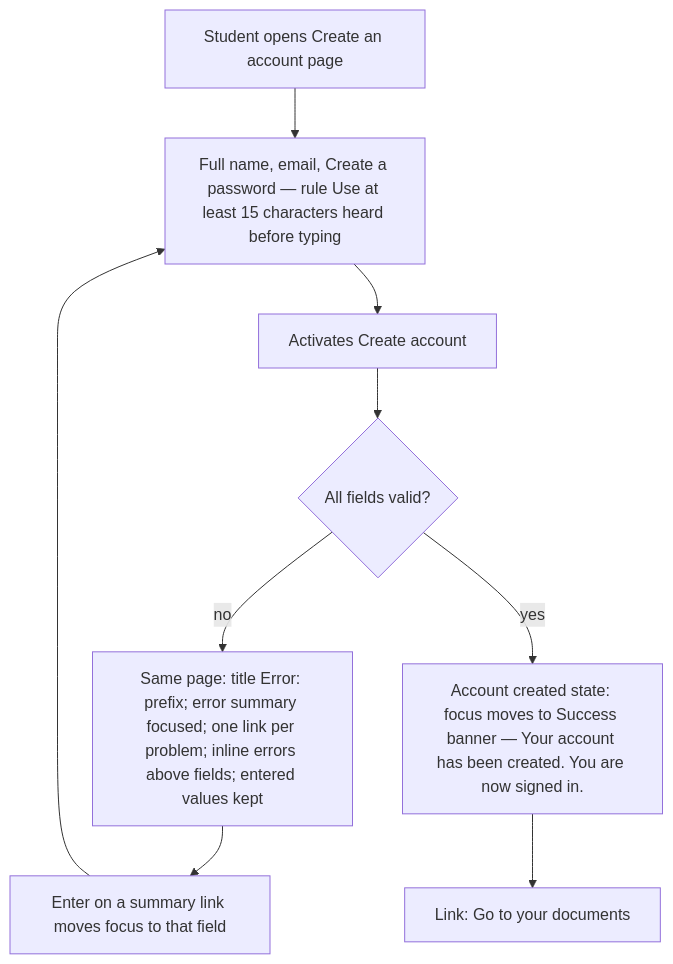
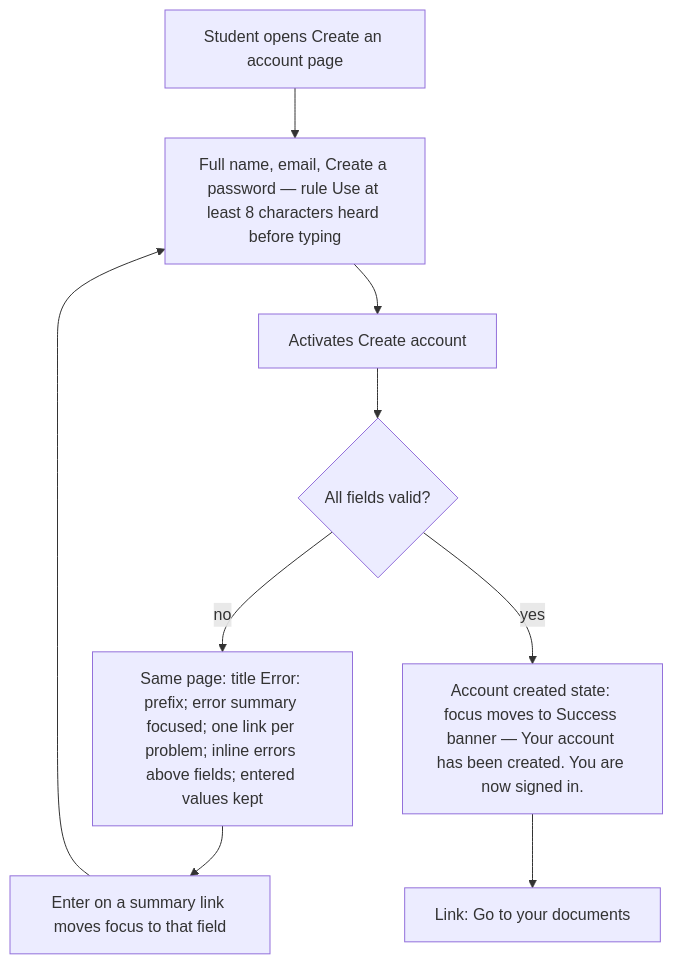
Before and after one commit to RBFBOSS/TAIP_Visually_Impaired: the second of 4 diagrams in 01_Documentation/05_Accessible_UIUX_Research.md, drawn with Mermaid. The commit also changed other lines of this file and 3 other files, not shown here.

First line of the commit message:
feat(frontend): lower the password minimum from 15 to 8 characters

````diff
--- a/01_Documentation/05_Accessible_UIUX_Research.md
+++ b/01_Documentation/05_Accessible_UIUX_Research.md
@@ -535,11 +535,11 @@
 ```mermaid
 flowchart TD
-  A[Student opens Create an account page] --> B[Full name, email, Create a password — rule Use at least 15 characters heard before typing]
+  A[Student opens Create an account page] --> B[Full name, email, Create a password — rule Use at least 8 characters heard before typing]
   B --> C[Activates Create account]
   C --> D{All fields valid?}
   D -- no --> E[Same page: title Error: prefix; error summary focused; one link per problem; inline errors above fields; entered values kept]
   E --> F[Enter on a summary link moves focus to that field]
   F --> B
   D -- yes --> G[Account created state: focus moves to Success banner — Your account has been created. You are now signed in.]
   G --> H[Link: Go to your documents]
 ```
````
